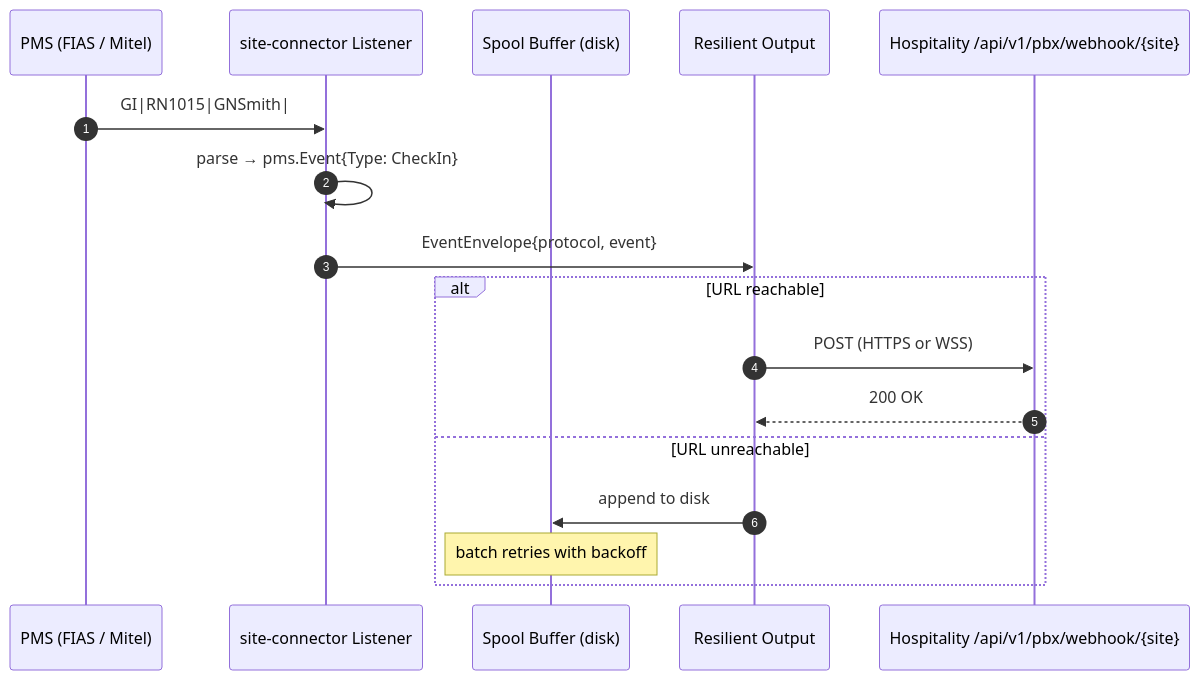
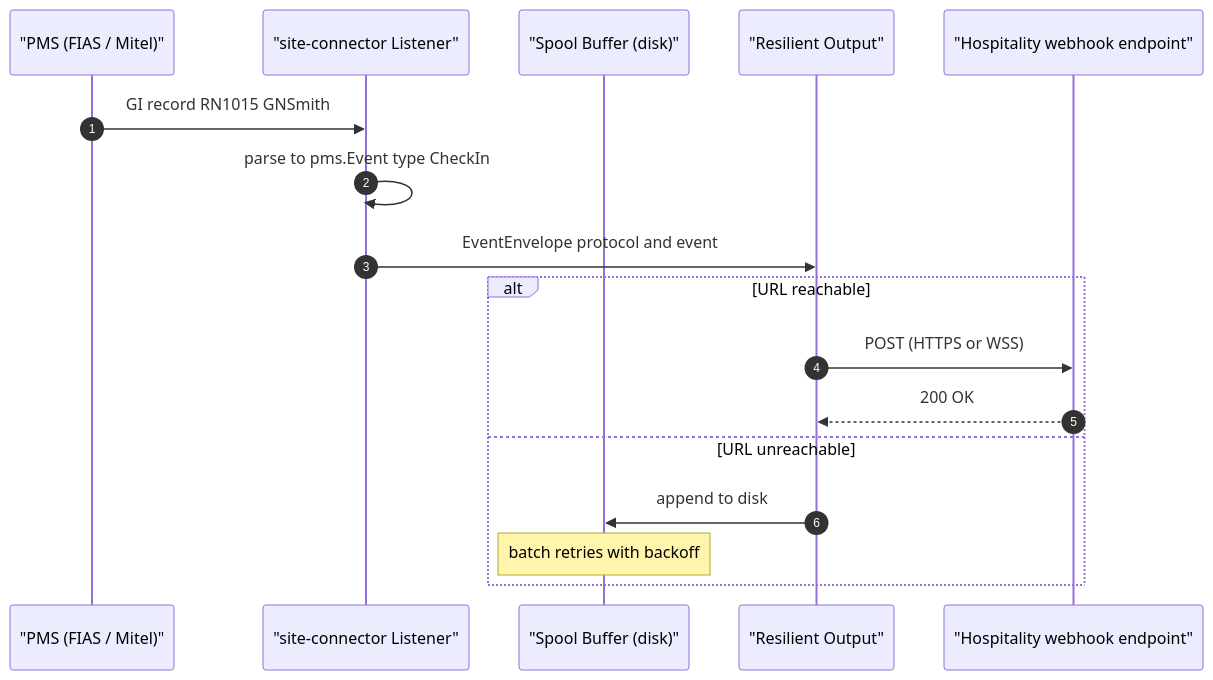
One commit to sagostin/pbx-hospitality changed the sixth of 12 diagrams in docs/DATA-FLOW.md. Above: the diagram before and after it, drawn with Mermaid. The commit also changed other lines of this file and 4 other files, not shown here.

First line of the commit message:
docs(mermaid): fix all 28 mermaid diagrams to render reliably

````diff
--- a/docs/DATA-FLOW.md
+++ b/docs/DATA-FLOW.md
@@ -164,20 +170,20 @@
 ```mermaid
 sequenceDiagram
     autonumber
-    participant PMS as PMS (FIAS / Mitel)
-    participant Listener as site-connector Listener
-    participant Buffer as Spool Buffer (disk)
-    participant Output as Resilient Output
-    participant API as Hospitality /api/v1/pbx/webhook/{site}
+    participant PMS as "PMS (FIAS / Mitel)"
+    participant Listener as "site-connector Listener"
+    participant Buffer as "Spool Buffer (disk)"
+    participant Output as "Resilient Output"
+    participant API as "Hospitality webhook endpoint"
 
-    PMS->>Listener: GI|RN1015|GNSmith|
-    Listener->>Listener: parse → pms.Event{Type: CheckIn}
-    Listener->>Output: EventEnvelope{protocol, event}
+    PMS->>Listener: GI record RN1015 GNSmith
+    Listener->>Listener: parse to pms.Event type CheckIn
+    Listener->>Output: EventEnvelope protocol and event
     alt URL reachable
         Output->>API: POST (HTTPS or WSS)
         API-->>Output: 200 OK
     else URL unreachable
         Output->>Buffer: append to disk
         Note over Buffer: batch retries with backoff
     end
 ```
````
